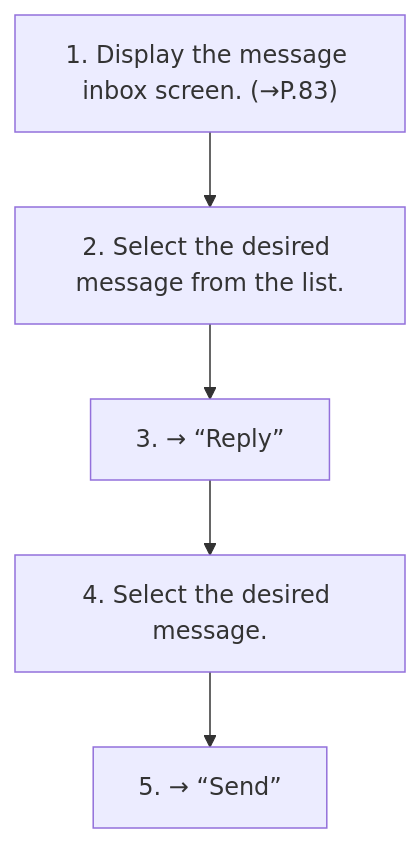
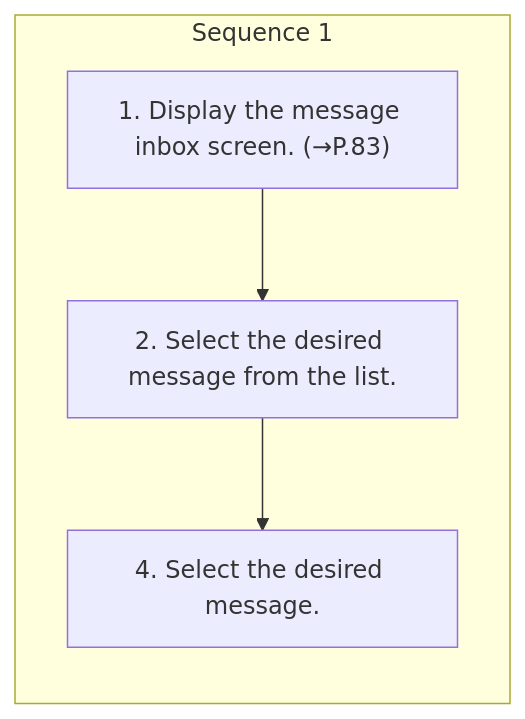
Before and after one commit to Chieko-Y/my-spec-generator: the diagram in workspace/subaru/outback-2026/ivi/published/phone/18-replying-to-a-message-quick-reply.md, drawn with Mermaid. The commit also changed other lines of this file and 268 other files, not shown here.

````diff
--- a/workspace/subaru/outback-2026/ivi/published/phone/18-replying-to-a-message-quick-reply.md
+++ b/workspace/subaru/outback-2026/ivi/published/phone/18-replying-to-a-message-quick-reply.md
@@ -9,12 +9,11 @@
 ```mermaid
 flowchart TD
-    S1["1. Display the message inbox screen. (→P.83)"]
-    S2["2. Select the desired message from the list."]
-    S3["3. → “Reply”"]
-    S4["4. Select the desired message."]
-    S5["5. → “Send”"]
-    S1 --> S2
-    S2 --> S3
-    S3 --> S4
-    S4 --> S5
+    subgraph SEQ1["Sequence 1"]
+    direction TB
+    S1_1["1. Display the message inbox screen. (→P.83)"]
+    S1_2["2. Select the desired message from the list."]
+    S1_4["4. Select the desired message."]
+    S1_1 --> S1_2
+    S1_2 --> S1_4
+    end
 ```
````
